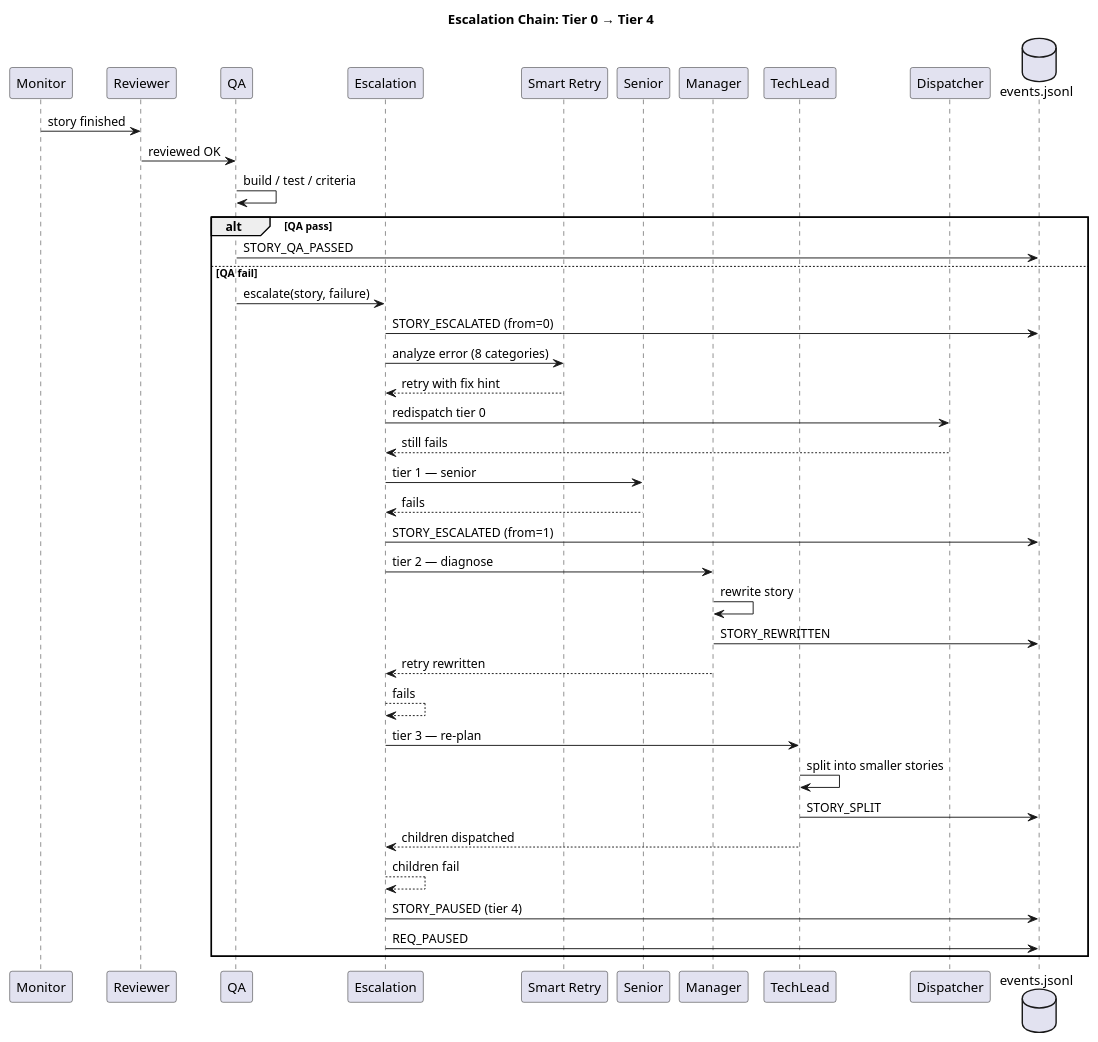
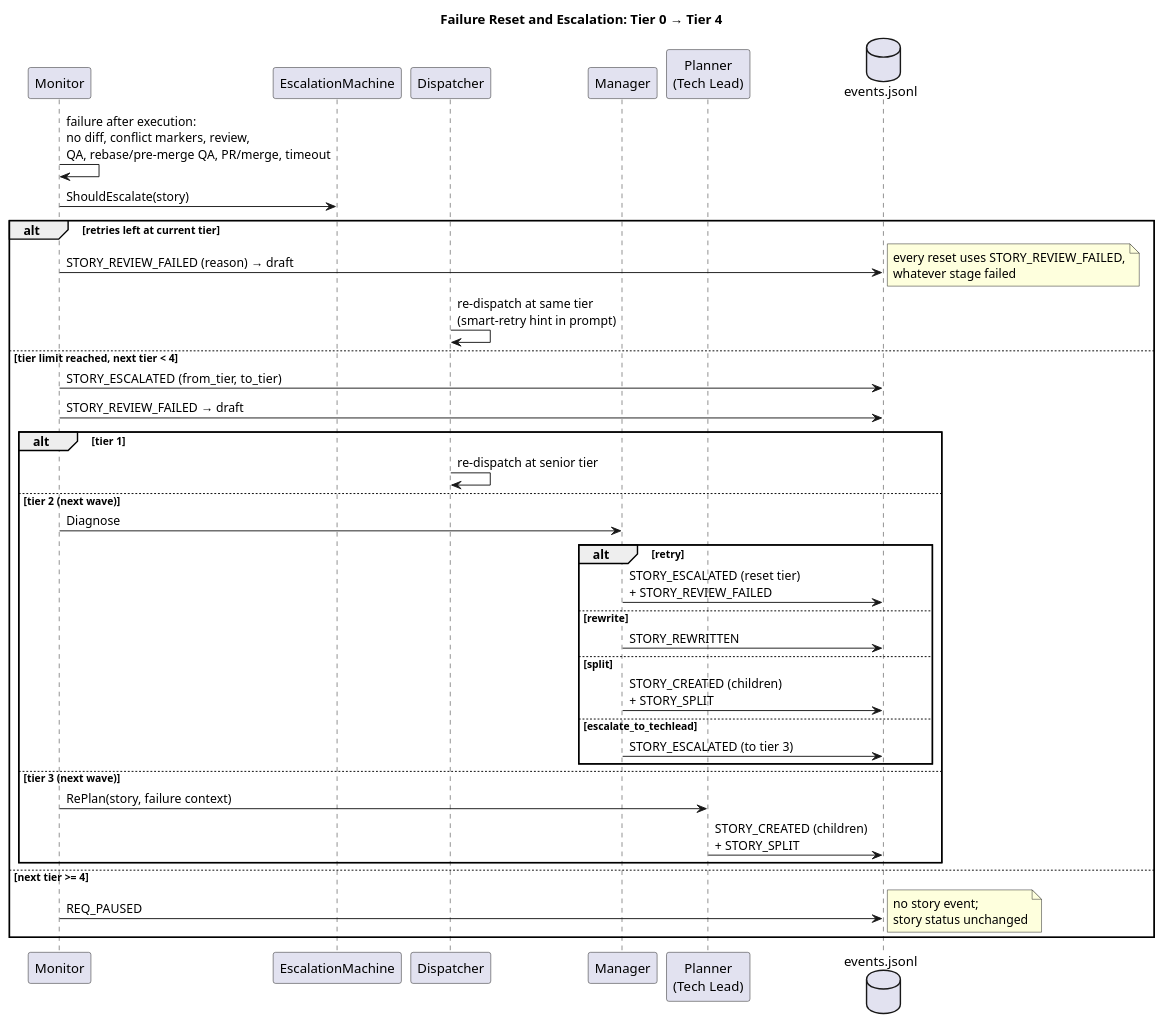
The diagram in docs/diagrams/sequence-escalation.puml (tzone85/vortex-dispatch), drawn with PlantUML before and after one commit. The commit also changed 18 other files, not shown here.

```diff
--- a/docs/diagrams/sequence-escalation.puml
+++ b/docs/diagrams/sequence-escalation.puml
@@ -1,50 +1,43 @@
 @startuml sequence-escalation
-title Escalation Chain: Tier 0 → Tier 4
+title Failure Reset and Escalation: Tier 0 → Tier 4
 
 participant "Monitor" as MN
-participant "Reviewer" as RV
-participant "QA" as QA
-participant "Escalation" as ES
-participant "Smart Retry" as SR
-participant "Senior" as SN
+participant "EscalationMachine" as ES
+participant "Dispatcher" as DP
 participant "Manager" as MG
-participant "TechLead" as TL
-participant "Dispatcher" as DP
+participant "Planner\n(Tech Lead)" as TL
 database "events.jsonl" as EV
 
-MN -> RV : story finished
-RV -> QA : reviewed OK
-QA -> QA : build / test / criteria
+MN -> MN : failure after execution:\nno diff, conflict markers, review,\nQA, rebase/pre-merge QA, PR/merge, timeout
+MN -> ES : ShouldEscalate(story)
 
-alt QA pass
-    QA -> EV : STORY_QA_PASSED
-else QA fail
-    QA -> ES : escalate(story, failure)
-    ES -> EV : STORY_ESCALATED (from=0)
-
-    ES -> SR : analyze error (8 categories)
-    SR --> ES : retry with fix hint
-    ES -> DP : redispatch tier 0
-    DP --> ES : still fails
-
-    ES -> SN : tier 1 — senior
-    SN --> ES : fails
-    ES -> EV : STORY_ESCALATED (from=1)
-
-    ES -> MG : tier 2 — diagnose
-    MG -> MG : rewrite story
-    MG -> EV : STORY_REWRITTEN
-    MG --> ES : retry rewritten
-    ES --> ES : fails
-
-    ES -> TL : tier 3 — re-plan
-    TL -> TL : split into smaller stories
-    TL -> EV : STORY_SPLIT
-    TL --> ES : children dispatched
-    ES --> ES : children fail
-
-    ES -> EV : STORY_PAUSED (tier 4)
-    ES -> EV : REQ_PAUSED
+alt retries left at current tier
+    MN -> EV : STORY_REVIEW_FAILED (reason) → draft
+    note right : every reset uses STORY_REVIEW_FAILED,\nwhatever stage failed
+    DP -> DP : re-dispatch at same tier\n(smart-retry hint in prompt)
+else tier limit reached, next tier < 4
+    MN -> EV : STORY_ESCALATED (from_tier, to_tier)
+    MN -> EV : STORY_REVIEW_FAILED → draft
+    alt tier 1
+        DP -> DP : re-dispatch at senior tier
+    else tier 2 (next wave)
+        MN -> MG : Diagnose
+        alt retry
+            MG -> EV : STORY_ESCALATED (reset tier)\n+ STORY_REVIEW_FAILED
+        else rewrite
+            MG -> EV : STORY_REWRITTEN
+        else split
+            MG -> EV : STORY_CREATED (children)\n+ STORY_SPLIT
+        else escalate_to_techlead
+            MG -> EV : STORY_ESCALATED (to tier 3)
+        end
+    else tier 3 (next wave)
+        MN -> TL : RePlan(story, failure context)
+        TL -> EV : STORY_CREATED (children)\n+ STORY_SPLIT
+    end
+else next tier >= 4
+    MN -> EV : REQ_PAUSED
+    note right : no story event;\nstory status unchanged
 end
 
 @enduml
```
